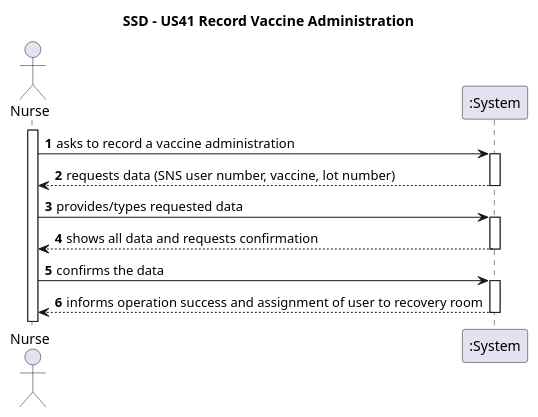
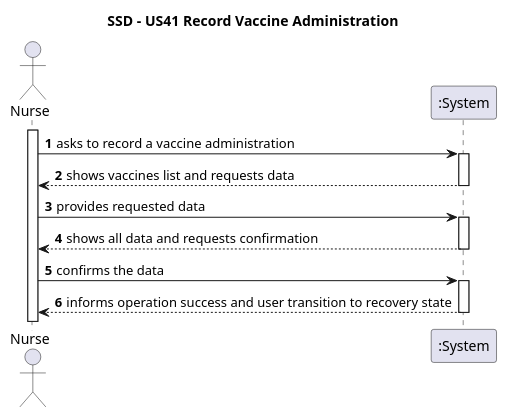
One commit to luluisfcm/leti-esoft-25-26-B5 changed the diagram in docs/system-documentation/US41/puml/US41-SSD.puml. Above: the diagram before and after it, drawn with PlantUML. The commit also changed 5 other files, not shown here.

```diff
--- a/docs/system-documentation/US41/puml/US41-SSD.puml
+++ b/docs/system-documentation/US41/puml/US41-SSD.puml
@@ -1,20 +1,21 @@
 @startuml
 title SSD – US41 Record Vaccine Administration
 
 autoactivate on
 autonumber
 
 actor "Nurse" as Nurse
 participant ":System" as System
 
 activate Nurse
 
 Nurse -> System: asks to record a vaccine administration
-System --> Nurse: requests data (SNS user number, vaccine, lot number)
+System --> Nurse: shows vaccines list and requests data
 
-Nurse -> System: provides/types requested data
+Nurse -> System: provides requested data
 System --> Nurse: shows all data and requests confirmation
 
 Nurse -> System: confirms the data
-System --> Nurse: informs operation success and assignment of user to recovery room
+System --> Nurse: informs operation success and user transition to recovery state
+
 @enduml
```
